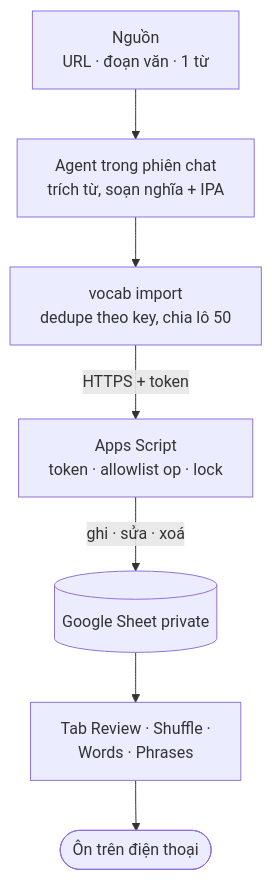
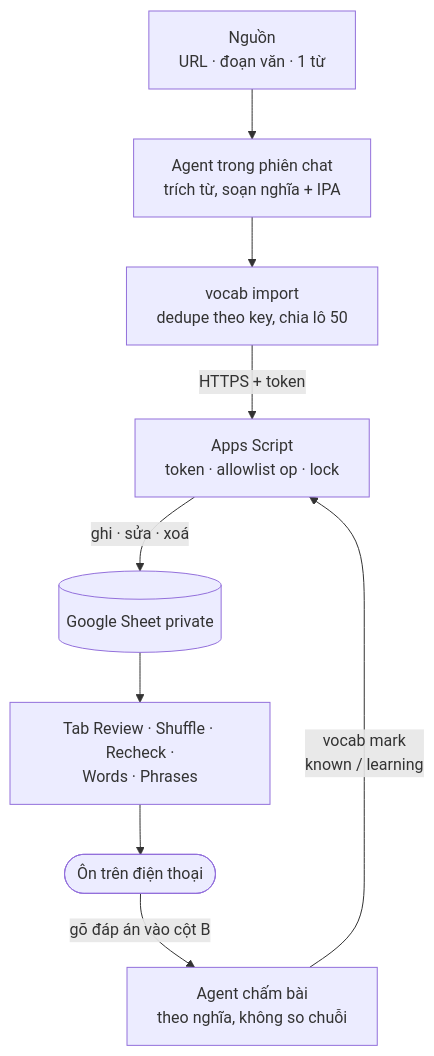
One commit to nkvuphuong/vocab-cli changed the diagram in README.md. Above: the diagram before and after it, drawn with Mermaid. The commit also changed other lines of this file and 6 other files, not shown here.

Commit message:
feat: grade answers typed into Shuffle/Recheck (read op, vocab sheet, vocab-grade skill)

````diff
--- a/README.md
+++ b/README.md
@@ -29,9 +29,11 @@
 ```mermaid
 flowchart TD
     src["Nguồn<br/>URL · đoạn văn · 1 từ"] --> agent["Agent trong phiên chat<br/>trích từ, soạn nghĩa + IPA"]
     agent --> cli["vocab import<br/>dedupe theo key, chia lô 50"]
     cli -->|"HTTPS + token"| gas["Apps Script<br/>token · allowlist op · lock"]
     gas -->|"ghi · sửa · xoá"| sheet[("Google Sheet private")]
-    sheet --> tabs["Tab Review · Shuffle ·<br/>Words · Phrases"]
+    sheet --> tabs["Tab Review · Shuffle · Recheck ·<br/>Words · Phrases"]
     tabs --> you(["Ôn trên điện thoại"])
+    you -->|"gõ đáp án vào cột B"| grade["Agent chấm bài<br/>theo nghĩa, không so chuỗi"]
+    grade -->|"vocab mark<br/>known / learning"| gas
 ```
````
